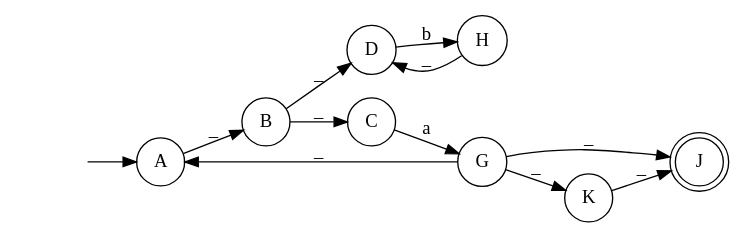
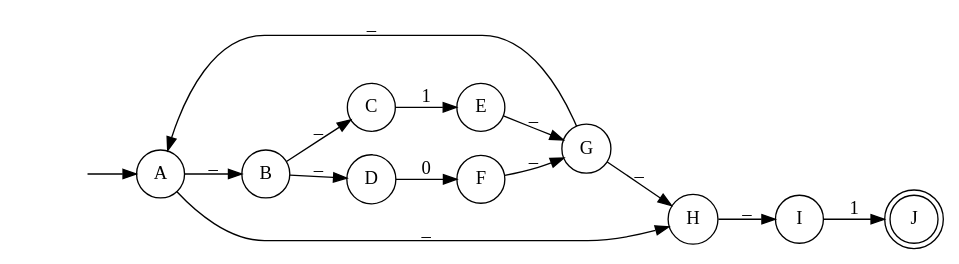
The diagram in Automate Picture/AutomataPicture.dot (arjen0203/AutomataReader), drawn with Graphviz before and after one commit. The commit also changed 12 other files, not shown here.

```diff
--- a/Automate Picture/AutomataPicture.dot
+++ b/Automate Picture/AutomataPicture.dot
@@ -1,24 +1,28 @@
 digraph myAutomaton { 
 rankdir=LR; 
 "" [shape=none] 
 "A" [shape=circle] 
 "B" [shape=circle] 
 "C" [shape=circle] 
 "D" [shape=circle] 
+"E" [shape=circle] 
+"F" [shape=circle] 
 "G" [shape=circle] 
 "H" [shape=circle] 
+"I" [shape=circle] 
 "J" [shape=doublecircle] 
-"K" [shape=circle] 
 
 "" -> "A" 
 "A" -> "B" [label="_"] 
+"A" -> "H" [label="_"] 
 "B" -> "C" [label="_"] 
 "B" -> "D" [label="_"] 
-"C" -> "G" [label="a"] 
-"D" -> "H" [label="b"] 
-"G" -> "J" [label="_"] 
-"G" -> "K" [label="_"] 
+"C" -> "E" [label="1"] 
+"D" -> "F" [label="0"] 
+"E" -> "G" [label="_"] 
+"F" -> "G" [label="_"] 
+"G" -> "H" [label="_"] 
 "G" -> "A" [label="_"] 
-"H" -> "D" [label="_"] 
-"K" -> "J" [label="_"] 
+"H" -> "I" [label="_"] 
+"I" -> "J" [label="1"] 
 }
```
